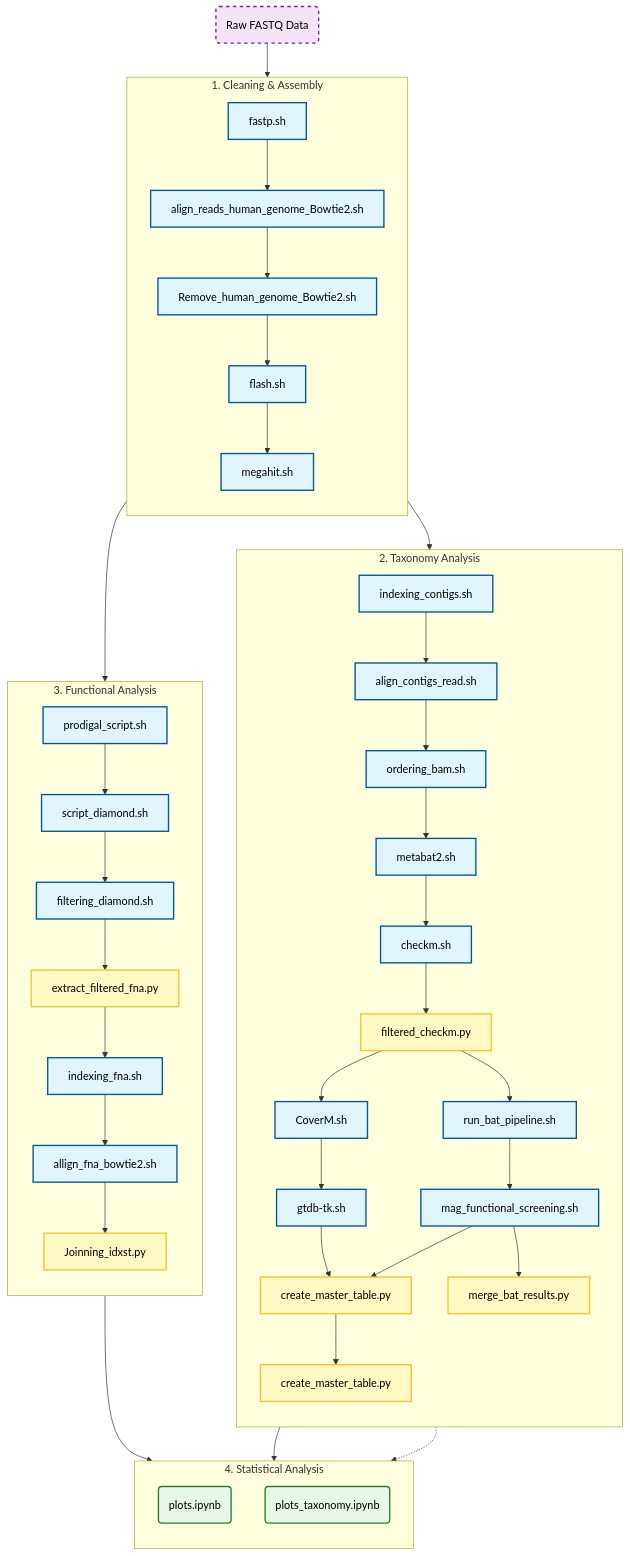
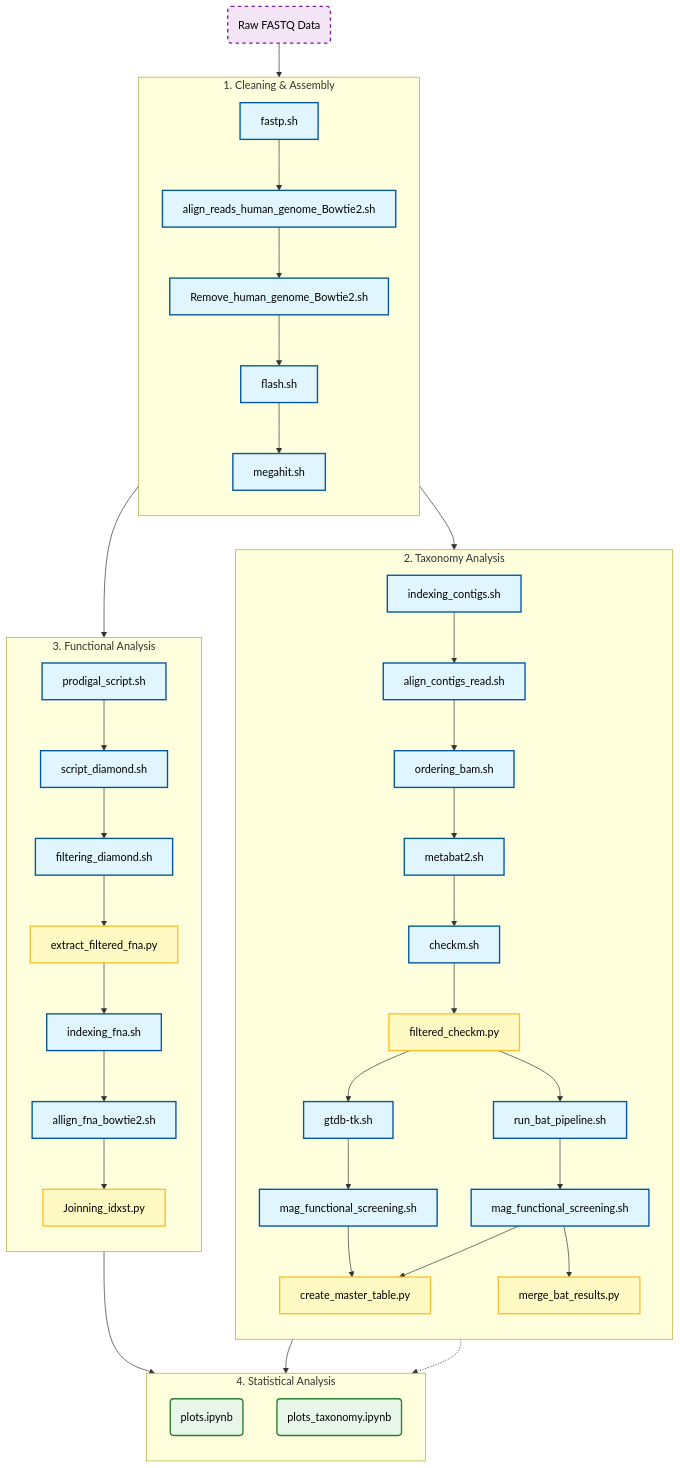
One commit to Marcosv21/Doc_project changed the diagram in README.md. Above: the diagram before and after it, drawn with Mermaid. The commit also changed other lines of this file, not shown here.

Commit message:
Fix execution flow in README and update CoverM description for clarity

````diff
--- a/README.md
+++ b/README.md
@@ -31,72 +31,72 @@
 ```mermaid
 graph TD
     %% Node Styles
     classDef shell fill:#e1f5fe,stroke:#01579b,stroke-width:2px,color:#000000;
     classDef python fill:#fff9c4,stroke:#fbc02d,stroke-width:2px,color:#000000;
     classDef ipynb fill:#e8f5e9,stroke:#2e7d32,stroke-width:2px,color:#000000;
     classDef start fill:#f3e5f5,stroke:#7b1fa2,stroke-width:2px,stroke-dasharray: 5 5,color:#000000;
 
     %% Start Node
     Input(Raw FASTQ Data):::start --> Clean1
 
     %% --- 1. CLEANING & ASSEMBLY ---
     subgraph Cleaning ["1. Cleaning & Assembly"]
         direction TB
         Clean1[fastp.sh]:::shell --> Clean2[align_reads_human_genome_Bowtie2.sh]:::shell
         Clean2 --> Clean3[Remove_human_genome_Bowtie2.sh]:::shell
         Clean3 --> Clean4[flash.sh]:::shell
         Clean4 --> Clean5[megahit.sh]:::shell
     end
 
     %% Fork: Assembly output goes to BOTH Functional and Taxonomy
     Clean5 --> Func1
     Clean5 --> Tax1
 
     %% --- 2. TAXONOMY ANALYSIS ---
     subgraph Taxonomy ["2. Taxonomy Analysis"]
         direction TB
         Tax1[indexing_contigs.sh]:::shell --> Tax2[align_contigs_read.sh]:::shell
         Tax2 --> Tax3[ordering_bam.sh]:::shell
         Tax3 --> Tax4[metabat2.sh]:::shell
         Tax4 --> Tax5[checkm.sh]:::shell
         Tax5 --> Tax6[filtered_checkm.py]:::python
-        Tax6 --> Tax7[CoverM.sh]:::shell
+        
         
         
         %% Caminho 1: GTDB (Padrão)
-        Tax7 --> Tax8[gtdb-tk.sh]:::shell
-        Tax8 --> Tax9[mag_functional_screening.sh]:::shell
-        Tax9 --> Tax10[create_master_table.py]:::python
+        Tax6 --> Tax7[gtdb-tk.sh]:::shell
+        Tax7 --> Tax8[mag_functional_screening.sh]:::shell
+        Tax8 --> Tax9[create_master_table.py]:::python
 
         %% Caminho 2: BAT/CAT (Validação)
         Tax6 --> TaxBAT1[run_bat_pipeline.sh]:::shell
         TaxBAT1 --> TaxBAT2[mag_functional_screening.sh]:::shell
         TaxBAT2 --> TaxBAT3[merge_bat_results.py]:::python
         TaxBAT2 --> Tax9[create_master_table.py]:::python
     end
 
     %% --- 3. FUNCTIONAL ANALYSIS ---
     subgraph Functional ["3. Functional Analysis"]
         direction TB
         Func1[prodigal_script.sh]:::shell --> Func2[script_diamond.sh]:::shell
         Func2 --> Func3[filtering_diamond.sh]:::shell
         Func3 --> Func4[extract_filtered_fna.py]:::python
         Func4 --> Func5[indexing_fna.sh]:::shell
         Func5 --> Func6[allign_fna_bowtie2.sh]:::shell
         Func6 --> Func7[Joinning_idxst.py]:::python
     end
 
     %% --- 4. STATISTICAL ANALYSIS ---
     subgraph Stats ["4. Statistical Analysis"]
         direction TB
         %% Functional result -> plots.ipynb
         Func7 --> Stat1(plots.ipynb):::ipynb
         
         %% Taxonomy result -> plots_taxonomy.ipynb
         Tax9 --> Stat2(plots_taxonomy.ipynb):::ipynb
         
         %% BAT result -> plots_taxonomy.ipynb (Pontilhado para indicar suporte)
         TaxBAT3 -.-> Stat2
     end
 
 ```
````
